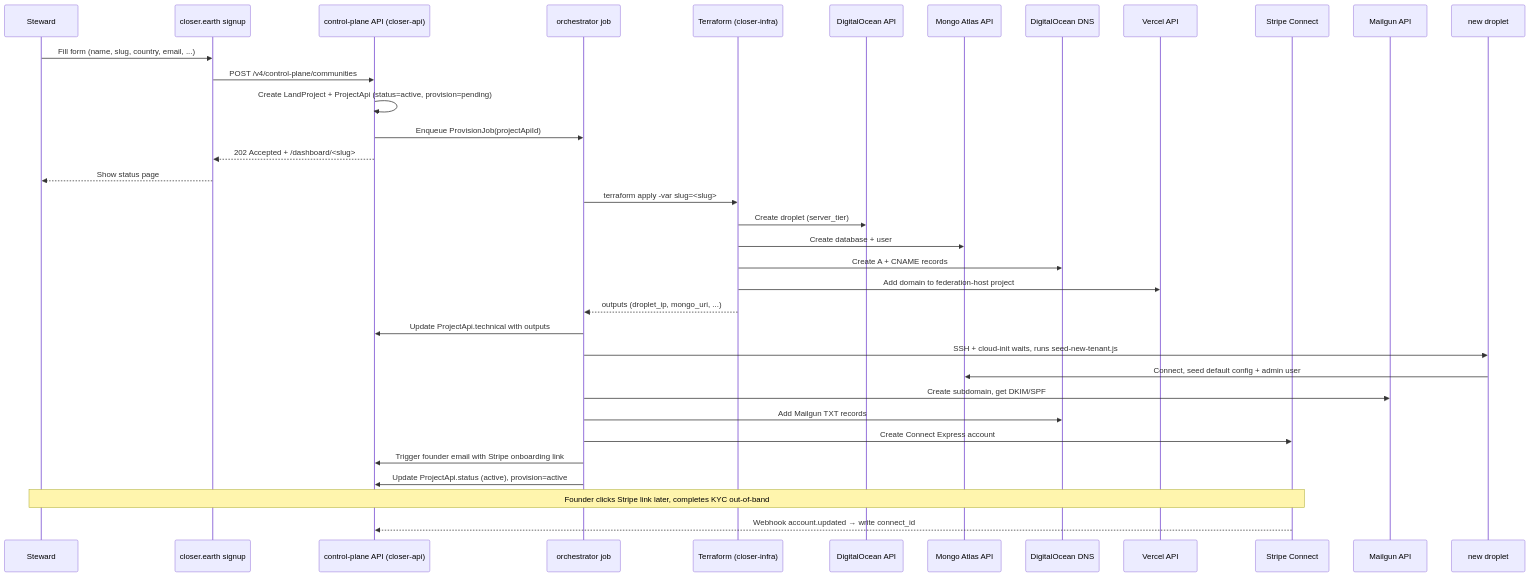
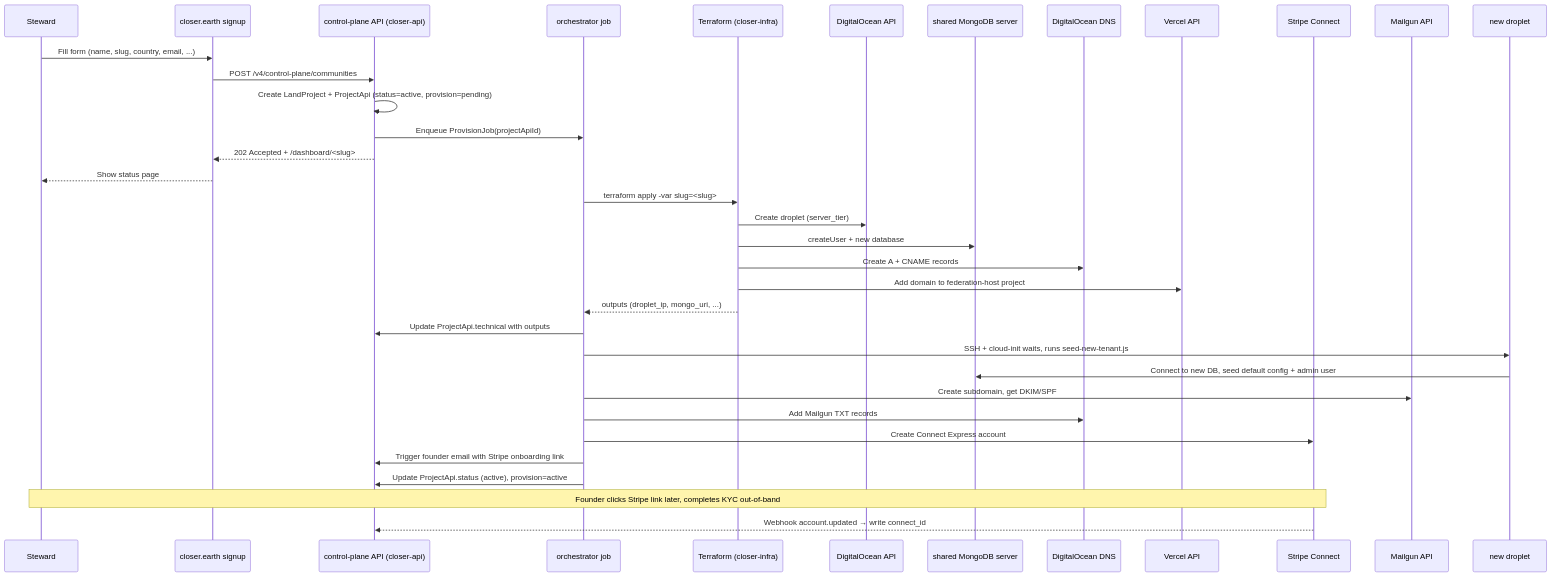
Before and after one commit to closerdao/closer-ui: the first of 2 diagrams in docs/plans/2026-05-16-001-feat-one-click-community-deployments-plan.md, drawn with Mermaid. The commit also changed other lines of this file, not shown here.

First line of the commit message:
docs: correct Mongo topology - shared server with per-tenant DBs, not Atlas

````diff
--- a/docs/plans/2026-05-16-001-feat-one-click-community-deployments-plan.md
+++ b/docs/plans/2026-05-16-001-feat-one-click-community-deployments-plan.md
@@ -131,39 +135,39 @@
 ```mermaid
 sequenceDiagram
     participant Steward
     participant SignupUI as closer.earth signup
     participant API as control-plane API (closer-api)
     participant Orch as orchestrator job
     participant TF as Terraform (closer-infra)
     participant DO as DigitalOcean API
-    participant Atlas as Mongo Atlas API
+    participant Mongo as shared MongoDB server
     participant DNS as DigitalOcean DNS
     participant Vercel as Vercel API
     participant Stripe as Stripe Connect
     participant Mailgun as Mailgun API
     participant Droplet as new droplet
 
     Steward->>SignupUI: Fill form (name, slug, country, email, ...)
     SignupUI->>API: POST /v4/control-plane/communities
     API->>API: Create LandProject + ProjectApi (status=active, provision=pending)
     API->>Orch: Enqueue ProvisionJob(projectApiId)
     API-->>SignupUI: 202 Accepted + /dashboard/<slug>
     SignupUI-->>Steward: Show status page
 
     Orch->>TF: terraform apply -var slug=<slug>
     TF->>DO: Create droplet (server_tier)
-    TF->>Atlas: Create database + user
+    TF->>Mongo: createUser + new database
     TF->>DNS: Create A + CNAME records
     TF->>Vercel: Add domain to federation-host project
     TF-->>Orch: outputs (droplet_ip, mongo_uri, ...)
     Orch->>API: Update ProjectApi.technical with outputs
     Orch->>Droplet: SSH + cloud-init waits, runs seed-new-tenant.js
-    Droplet->>Atlas: Connect, seed default config + admin user
+    Droplet->>Mongo: Connect to new DB, seed default config + admin user
     Orch->>Mailgun: Create subdomain, get DKIM/SPF
     Orch->>DNS: Add Mailgun TXT records
     Orch->>Stripe: Create Connect Express account
     Orch->>API: Trigger founder email with Stripe onboarding link
     Orch->>API: Update ProjectApi.status (active), provision=active
     Note over Steward,Stripe: Founder clicks Stripe link later, completes KYC out-of-band
     Stripe-->>API: Webhook account.updated → write connect_id
 ```
````
